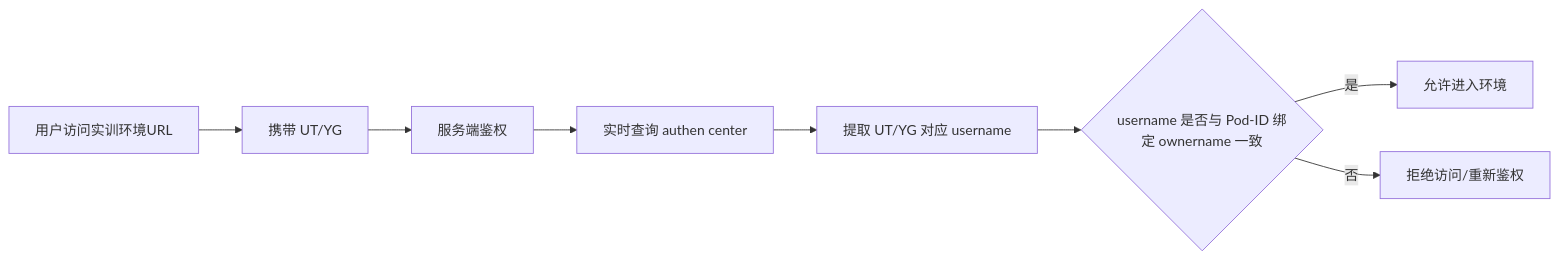
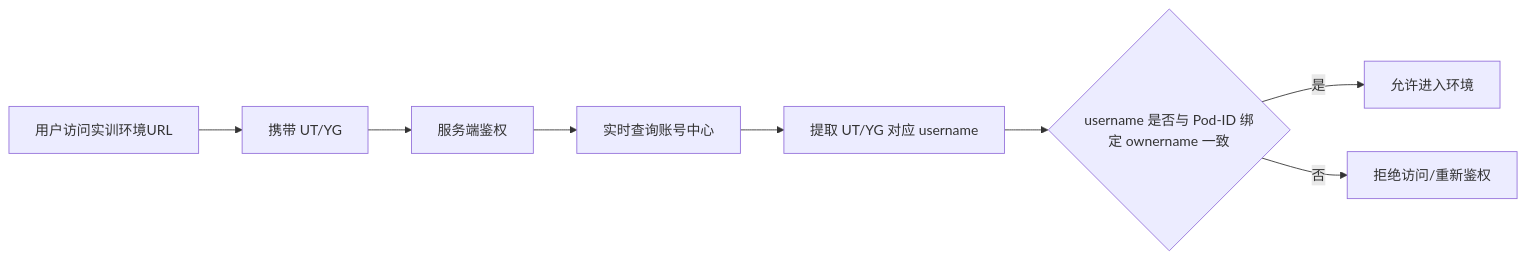
Before and after one commit to GeorgeCao-hw/backlog-test: the diagram in opensourceways/backlog/issue_docs/151/Requirement Analysis/#151 Requirement Analysis Specification.md, drawn with Mermaid. The commit also changed other lines of this file and 1 other file, not shown here.

````diff
--- a/opensourceways/backlog/issue_docs/151/Requirement Analysis/#151 Requirement Analysis Specification.md
+++ b/opensourceways/backlog/issue_docs/151/Requirement Analysis/#151 Requirement Analysis Specification.md
@@ -40,10 +40,10 @@
 ```mermaid
 flowchart LR
     A[用户访问实训环境URL] --> B[携带 UT/YG]
     B --> C[服务端鉴权]
-    C --> D[实时查询 authen center]
+    C --> D[实时查询账号中心]
     D --> E[提取 UT/YG 对应 username]
     E --> F{username 是否与 Pod-ID 绑定 ownername 一致}
     F -- 是 --> G[允许进入环境]
     F -- 否 --> H[拒绝访问/重新鉴权]
 ```
````
